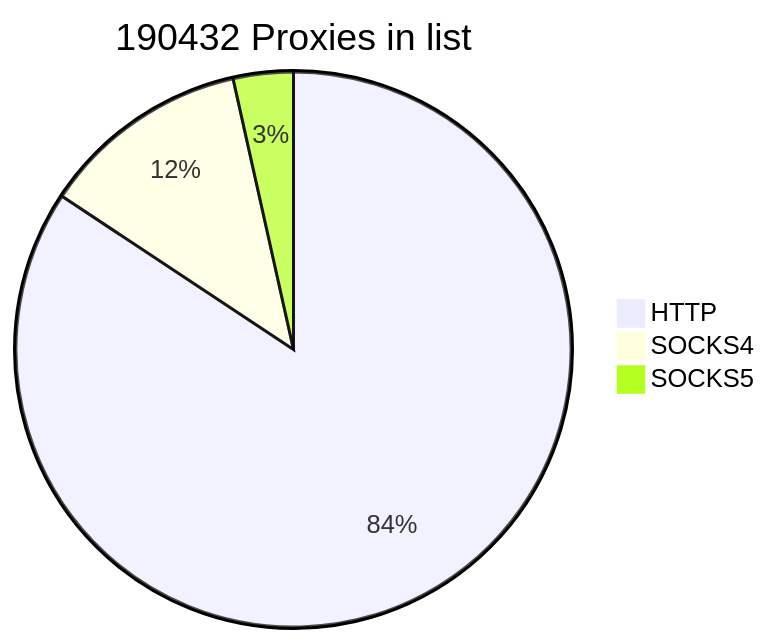
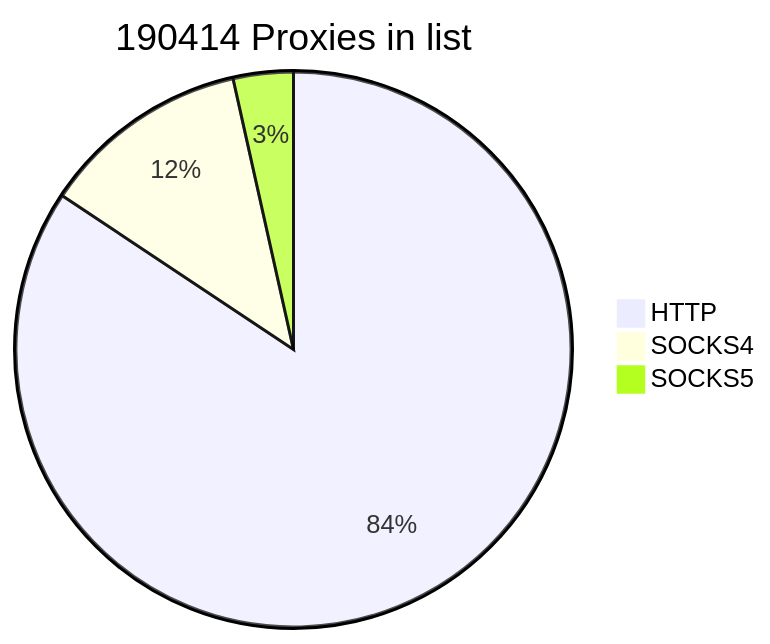
The first of 2 diagrams in README.md (cutipu/proxylist), drawn with Mermaid before and after one commit. The commit also changed other lines of this file, not shown here.

````diff
--- a/README.md
+++ b/README.md
@@ -2,7 +2,7 @@
 ```mermaid
-pie title 190432 Proxies in list
-    "HTTP" : 160554
-    "SOCKS4" : 23224
+pie title 190414 Proxies in list
+    "HTTP" : 160604
+    "SOCKS4" : 23156
     "SOCKS5" : 6654
             
 ```
````
